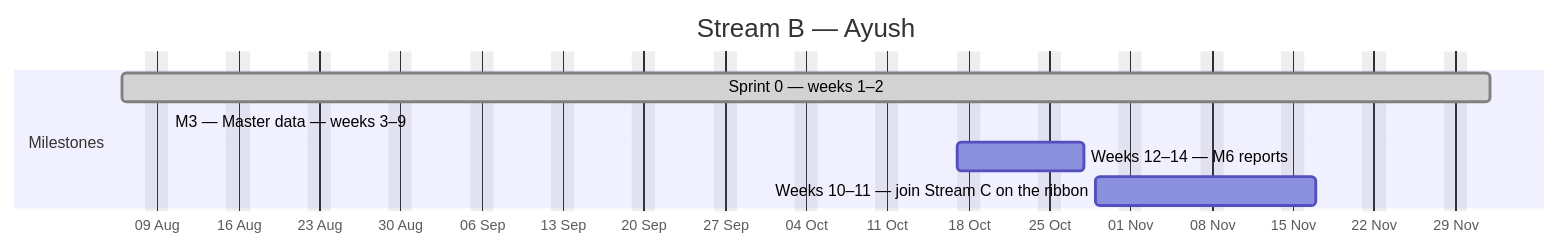
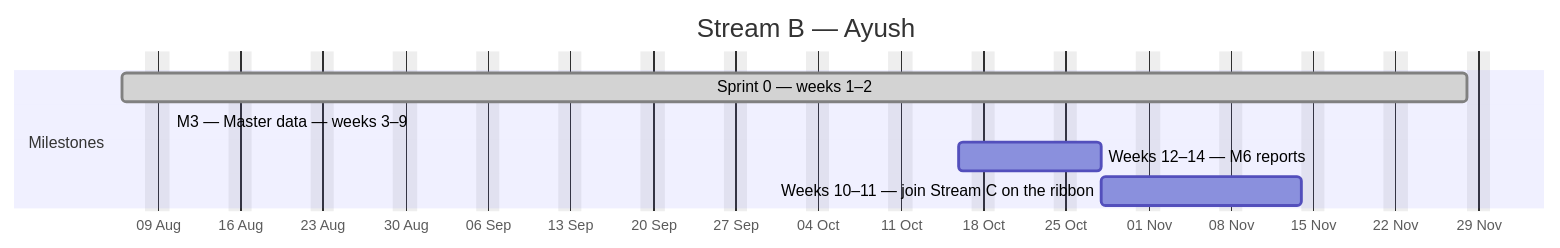
The second of 4 diagrams in docs/plan/GANTT.md (debashisedunext/EduTrack), drawn with Mermaid before and after one commit. The commit also changed other lines of this file and 9 other files, not shown here.

````diff
--- a/docs/plan/GANTT.md
+++ b/docs/plan/GANTT.md
@@ -139,12 +143,12 @@
 ```mermaid
 gantt
     dateFormat YYYY-MM-DD
     axisFormat %d %b
     title Stream B — Ayush
     excludes weekends
     section Milestones
-    Sprint 0 — weeks 1–2 :done, b0, 2026-08-06, 84d
-    M3 — Master data — weeks 3–9 :active, b1, 2026-08-10, -15d
-    Weeks 12–14 — M6 reports :b2, 2026-10-17, 8d
-    Weeks 10–11 — join Stream C on the ribbon :b3, 2026-10-29, 13d
+    Sprint 0 — weeks 1–2 :done, b0, 2026-08-06, 82d
+    M3 — Master data — weeks 3–9 :active, b1, 2026-08-10, -14d
+    Weeks 12–14 — M6 reports :b2, 2026-10-16, 8d
+    Weeks 10–11 — join Stream C on the ribbon :b3, 2026-10-28, 13d
 ```
````
